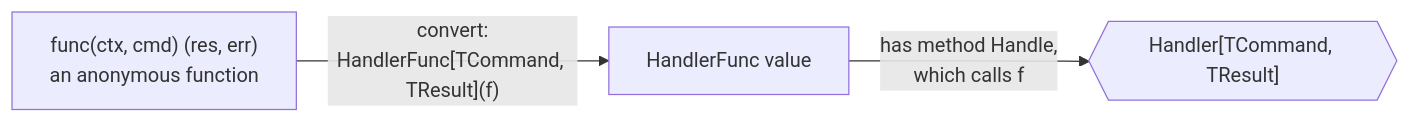
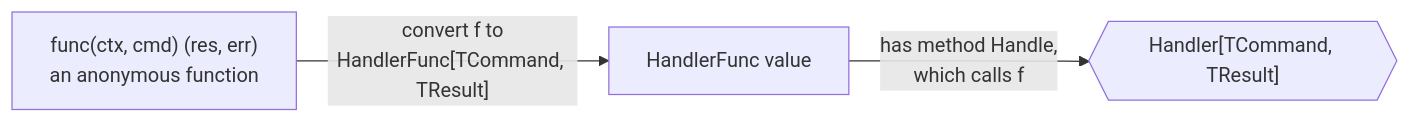
Before and after one commit to InsonusK/ai-skills: the diagram in library/architecture/go/base-plateau-in-go.skill/glossary/handler-func.md, drawn with Mermaid.

Commit message:
docs(architecture): fix mermaid label parsed as a link

````diff
--- a/library/architecture/go/base-plateau-in-go.skill/glossary/handler-func.md
+++ b/library/architecture/go/base-plateau-in-go.skill/glossary/handler-func.md
@@ -30,5 +30,5 @@
 ```mermaid
 flowchart LR
-    F["func(ctx, cmd) (res, err)<br/>an anonymous function"] -->|"convert:<br/>HandlerFunc[TCommand, TResult](f)"| HF["HandlerFunc value"]
+    F["func(ctx, cmd) (res, err)<br/>an anonymous function"] -->|"convert f to<br/>HandlerFunc[TCommand, TResult]"| HF["HandlerFunc value"]
     HF -->|"has method Handle,<br/>which calls f"| H{{"Handler[TCommand, TResult]"}}
 ```
````
